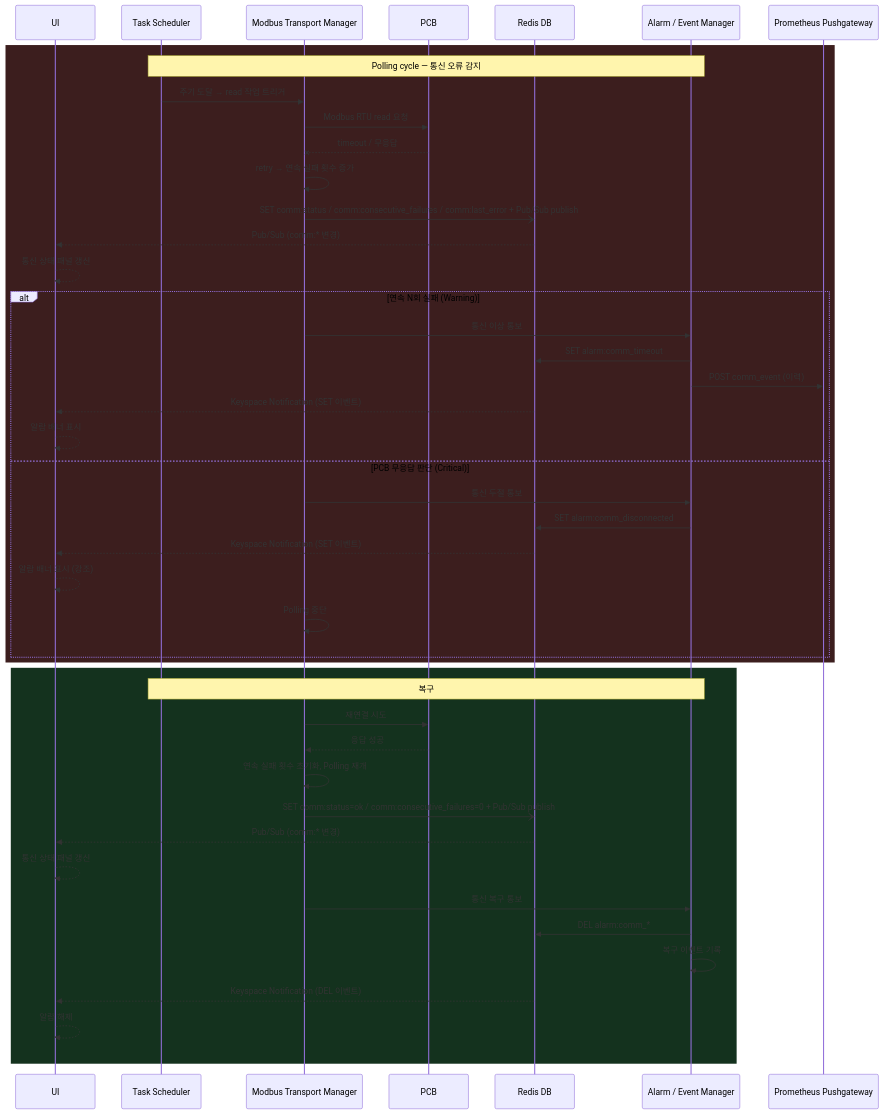
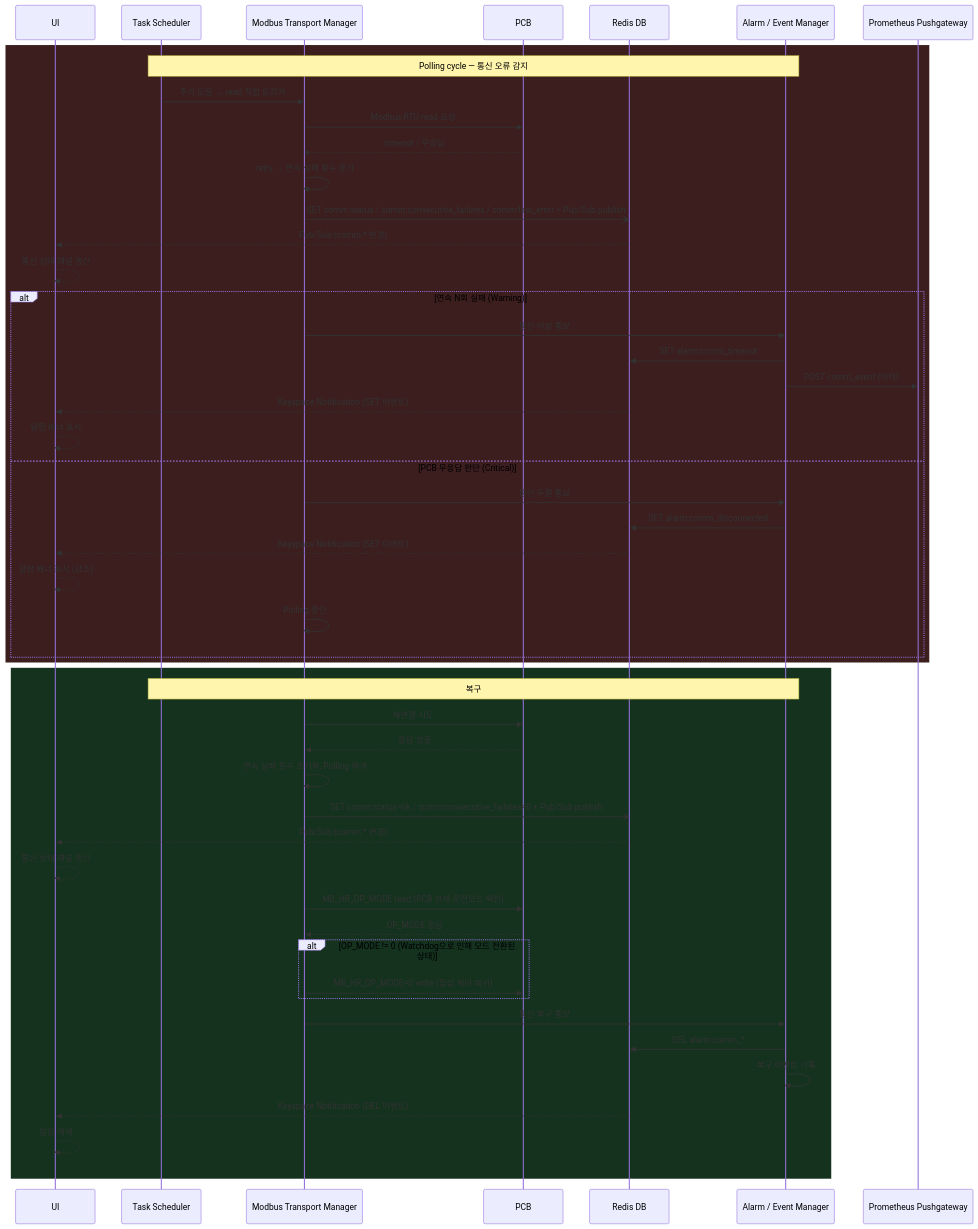
One commit to DEEPGadget/L2A_CDU_system changed the fourth of 5 diagrams in docs/PCG.md. Above: the diagram before and after it, drawn with Mermaid. The commit also changed other lines of this file and 3 other files, not shown here.

````diff
--- a/docs/PCG.md
+++ b/docs/PCG.md
@@ -324,49 +328,54 @@
 ```mermaid
 sequenceDiagram
     participant UI as UI
     participant TS as Task Scheduler
     participant MTM as Modbus Transport Manager
     participant PCB as PCB
     participant Redis as Redis DB
     participant AEM as Alarm / Event Manager
     participant PGW as Prometheus Pushgateway
 
     rect rgb(60, 30, 30)
         Note over TS,AEM: Polling cycle — 통신 오류 감지
         TS->>MTM: 주기 도달 → read 작업 트리거
         MTM->>PCB: Modbus RTU read 요청
         PCB--xMTM: timeout / 무응답
         MTM->>MTM: retry → 연속 실패 횟수 증가
         MTM-)Redis: SET comm:status / comm:consecutive_failures / comm:last_error + Pub/Sub publish
         Redis-->>UI: Pub/Sub (comm:* 변경)
         UI-->>UI: 통신 상태 패널 갱신
         alt 연속 N회 실패 (Warning)
             MTM->>AEM: 통신 이상 통보
             AEM->>Redis: SET alarm:comm_timeout
             AEM->>PGW: POST comm_event (이력)
             Redis-->>UI: Keyspace Notification (SET 이벤트)
             UI-->>UI: 알람 배너 표시
         else PCB 무응답 판단 (Critical)
             MTM->>AEM: 통신 두절 통보
             AEM->>Redis: SET alarm:comm_disconnected
             Redis-->>UI: Keyspace Notification (SET 이벤트)
             UI-->>UI: 알람 배너 표시 (강조)
             MTM->>MTM: Polling 중단
         end
     end
 
     rect rgb(20, 50, 30)
         Note over TS,AEM: 복구
         MTM->>PCB: 재연결 시도
         PCB-->>MTM: 응답 성공
         MTM->>MTM: 연속 실패 횟수 초기화, Polling 재개
         MTM-)Redis: SET comm:status=ok / comm:consecutive_failures=0 + Pub/Sub publish
         Redis-->>UI: Pub/Sub (comm:* 변경)
         UI-->>UI: 통신 상태 패널 갱신
+        MTM->>PCB: MB_HR_OP_MODE read (PCB 현재 운전모드 확인)
+        PCB-->>MTM: OP_MODE 응답
+        alt OP_MODE != 0 (Watchdog으로 인해 모드 전환된 상태)
+            MTM->>PCB: MB_HR_OP_MODE=0 write (정상 제어 복귀)
+        end
         MTM->>AEM: 통신 복구 통보
         AEM->>Redis: DEL alarm:comm_*
         AEM->>AEM: 복구 이벤트 기록
         Redis-->>UI: Keyspace Notification (DEL 이벤트)
         UI-->>UI: 알람 해제
     end
 ```
````
